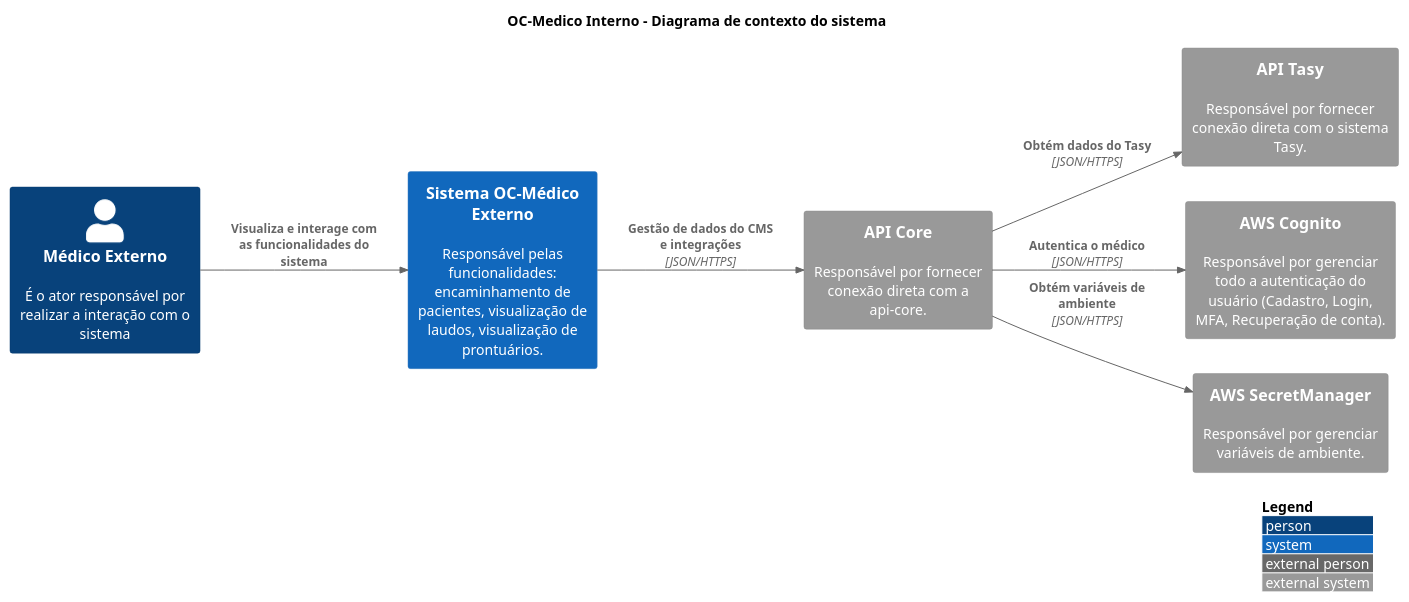
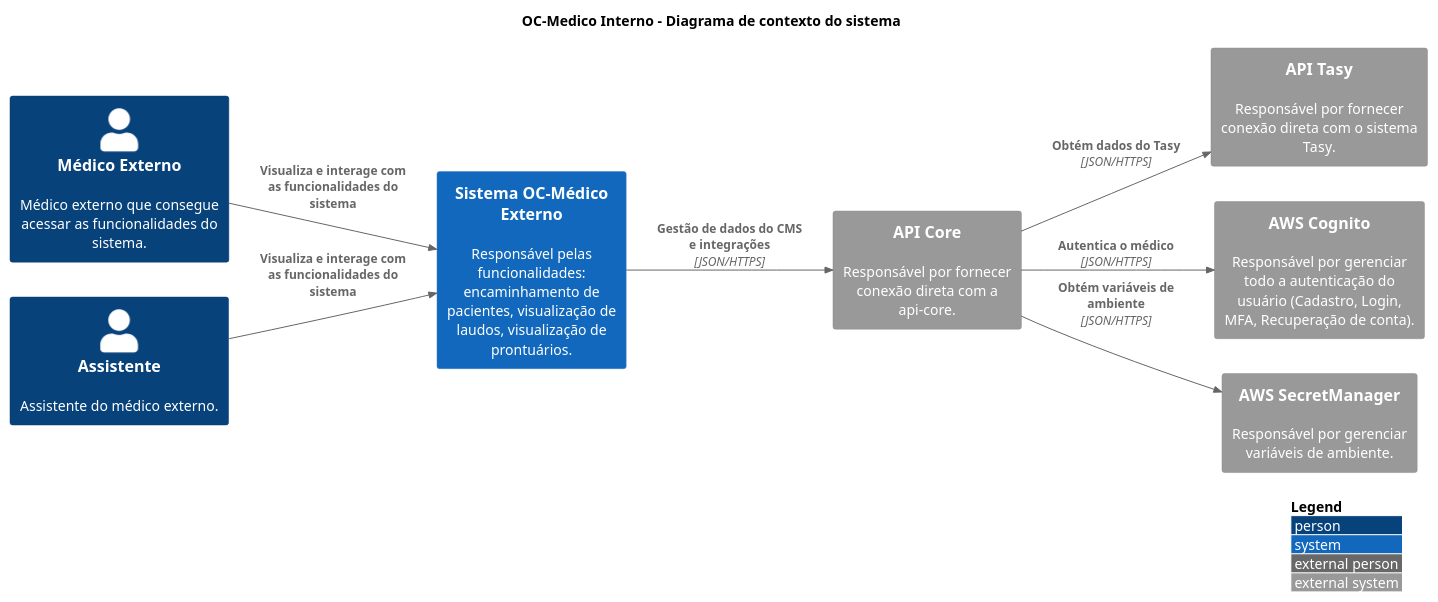
Before and after one commit to luizggbasedigital/poc-oc-docs: the diagram in src/OC-Medico Externo/C1. Visão Geral/context.puml, drawn with PlantUML. The commit also changed 4 other files, not shown here.

Commit message:
docs: add companion and assistant in external physician and patient diagrams

```diff
--- a/src/OC-Medico Externo/C1. Visão Geral/context.puml
+++ b/src/OC-Medico Externo/C1. Visão Geral/context.puml
@@ -1,37 +1,39 @@
 @startuml "Context Diagram"
 
 title "OC-Medico Interno - Diagrama de contexto do sistema"
 
 !include https://raw.githubusercontent.com/adrianvlupu/C4-PlantUML/latest/C4_Context.puml
 
 LAYOUT_WITH_LEGEND()
 LAYOUT_LEFT_RIGHT()
 
 skinparam backgroundcolor transparent
 
 /'Actors'/
-Person(ActorReferrerPhysician, "Médico Externo", "É o ator responsável por realizar a interação com o sistema")
+Person(ActorReferrerPhysician, "Médico Externo", "Médico externo que consegue acessar as funcionalidades do sistema.")
+Person(ActorReferrerAssistant, "Assistente", "Assistente do médico externo.")
 
 /'Internal Systems'/
 System(SystemOCExternaPhysician, "Sistema OC-Médico Externo", "Responsável pelas funcionalidades: encaminhamento de pacientes, visualização de laudos, visualização de prontuários.")
 
 /'External Systems'/
 System_Ext(SystemTasyApi, "API Tasy", "Responsável por fornecer conexão direta com o sistema Tasy.")
 
 /'API-Core Systems'/
 System_Ext(SystemApiCore, "API Core", "Responsável por fornecer conexão direta com a api-core.")
 
 /'AWS Systems'/
 System_Ext(SystemAWSCognito, "AWS Cognito", "Responsável por gerenciar todo a autenticação do usuário (Cadastro, Login, MFA, Recuperação de conta).")
 System_Ext(SystemAWSSecretManager, "AWS SecretManager", "Responsável por gerenciar variáveis de ambiente.")
 
 /'Relations'/
 Rel(ActorReferrerPhysician, SystemOCExternaPhysician, "Visualiza e interage com as funcionalidades do sistema")
+Rel(ActorReferrerAssistant, SystemOCExternaPhysician, "Visualiza e interage com as funcionalidades do sistema")
 
 /'API-Core Integrations'/
 Rel(SystemOCExternaPhysician, SystemApiCore, "Gestão de dados do CMS e integrações", "JSON/HTTPS")
 Rel(SystemApiCore, SystemTasyApi, "Obtém dados do Tasy", "JSON/HTTPS")
 Rel(SystemApiCore, SystemAWSCognito, "Autentica o médico", "JSON/HTTPS")
 Rel(SystemApiCore, SystemAWSSecretManager, "Obtém variáveis de ambiente", "JSON/HTTPS")
 
 @enduml
```
